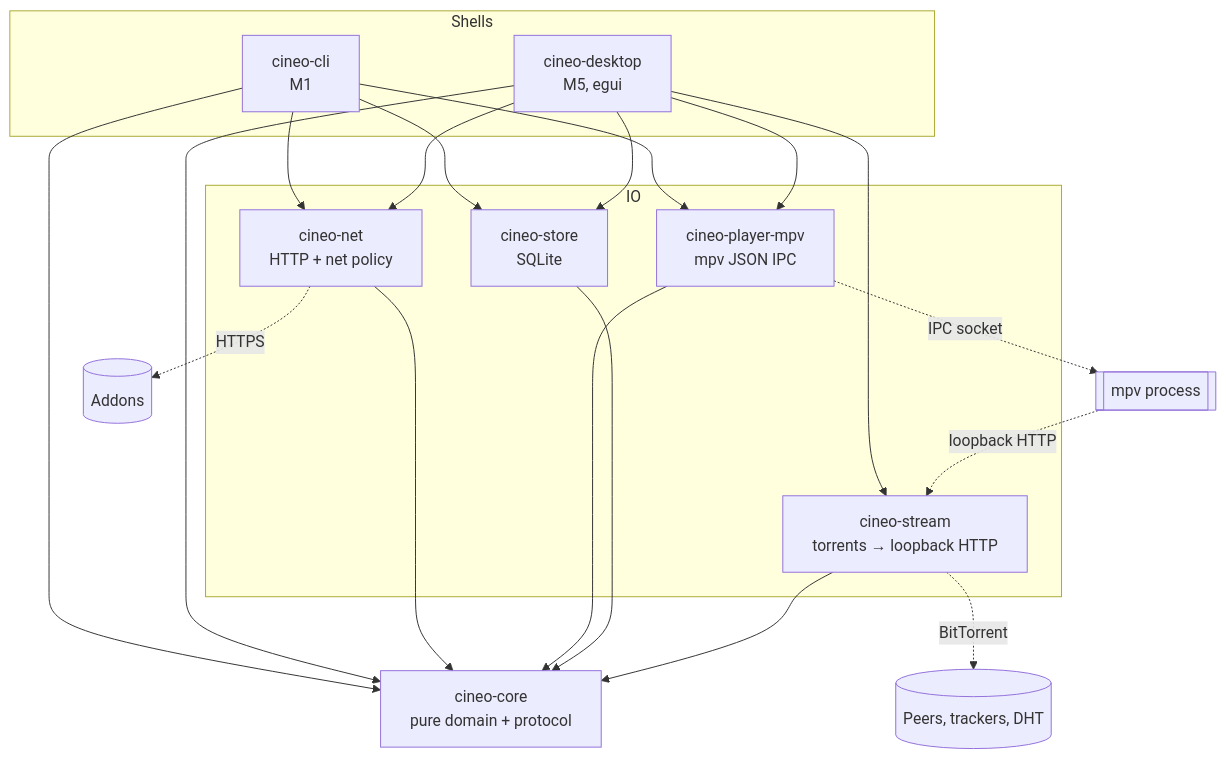
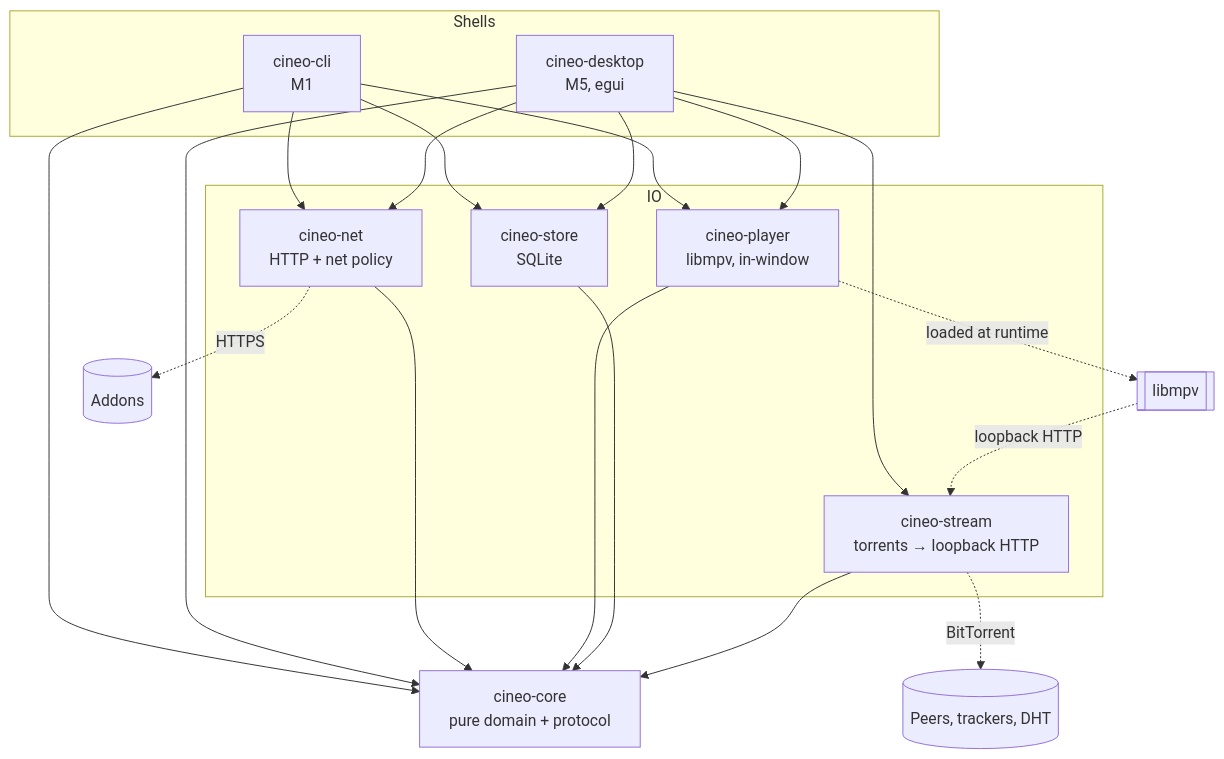
Before and after one commit to mdmrk/cineo: the first of 2 diagrams in docs/ARCHITECTURE.md, drawn with Mermaid. The commit also changed other lines of this file and 30 other files, not shown here.

Commit message:
refactor(player)!: drop the external mpv player; rename to cineo-player

````diff
--- a/docs/ARCHITECTURE.md
+++ b/docs/ARCHITECTURE.md
@@ -19,26 +19,26 @@
 ```mermaid
 flowchart TB
   subgraph Shells
     CLI[cineo-cli<br/>M1]
     GUI[cineo-desktop<br/>M5, egui]
   end
   subgraph IO
     NET[cineo-net<br/>HTTP + net policy]
-    PLAYER[cineo-player-mpv<br/>mpv JSON IPC]
+    PLAYER[cineo-player<br/>libmpv, in-window]
     STORE[cineo-store<br/>SQLite]
     STREAM[cineo-stream<br/>torrents → loopback HTTP]
   end
   CORE[cineo-core<br/>pure domain + protocol]
   CLI --> CORE
   GUI --> CORE
   CLI --> NET & PLAYER & STORE
   GUI --> NET & PLAYER & STORE & STREAM
   NET --> CORE
   PLAYER --> CORE
   STORE --> CORE
   STREAM --> CORE
   NET -. HTTPS .-> ADDONS[(Addons)]
-  PLAYER -. IPC socket .-> MPV[[mpv process]]
+  PLAYER -. loaded at runtime .-> MPV[[libmpv]]
   STREAM -. BitTorrent .-> PEERS[(Peers, trackers, DHT)]
   MPV -. loopback HTTP .-> STREAM
 ```
````
